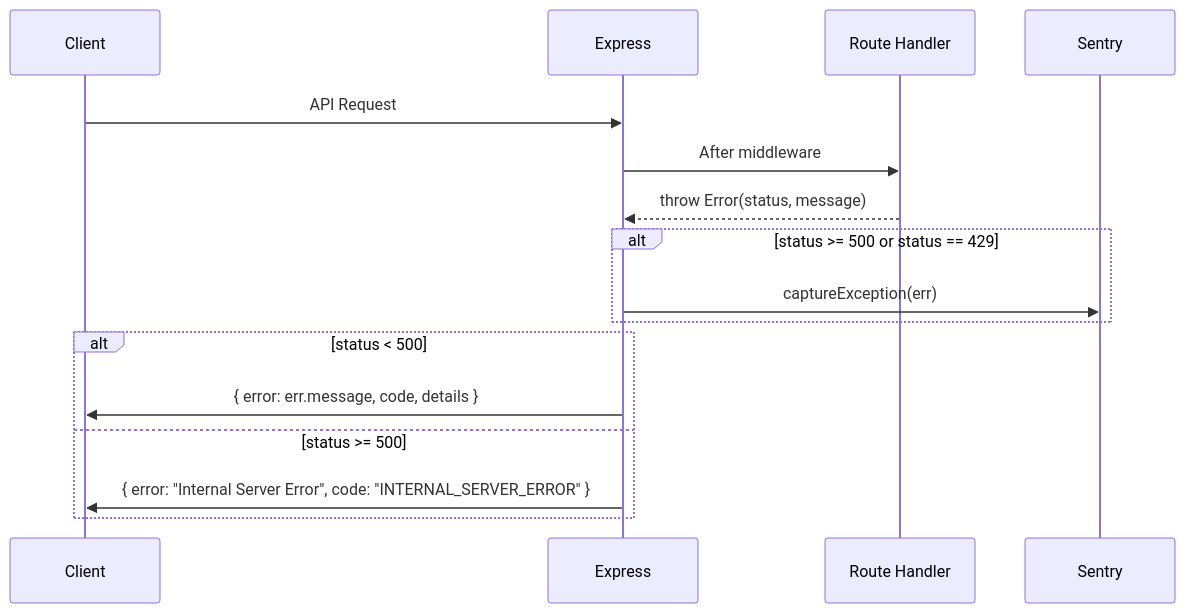
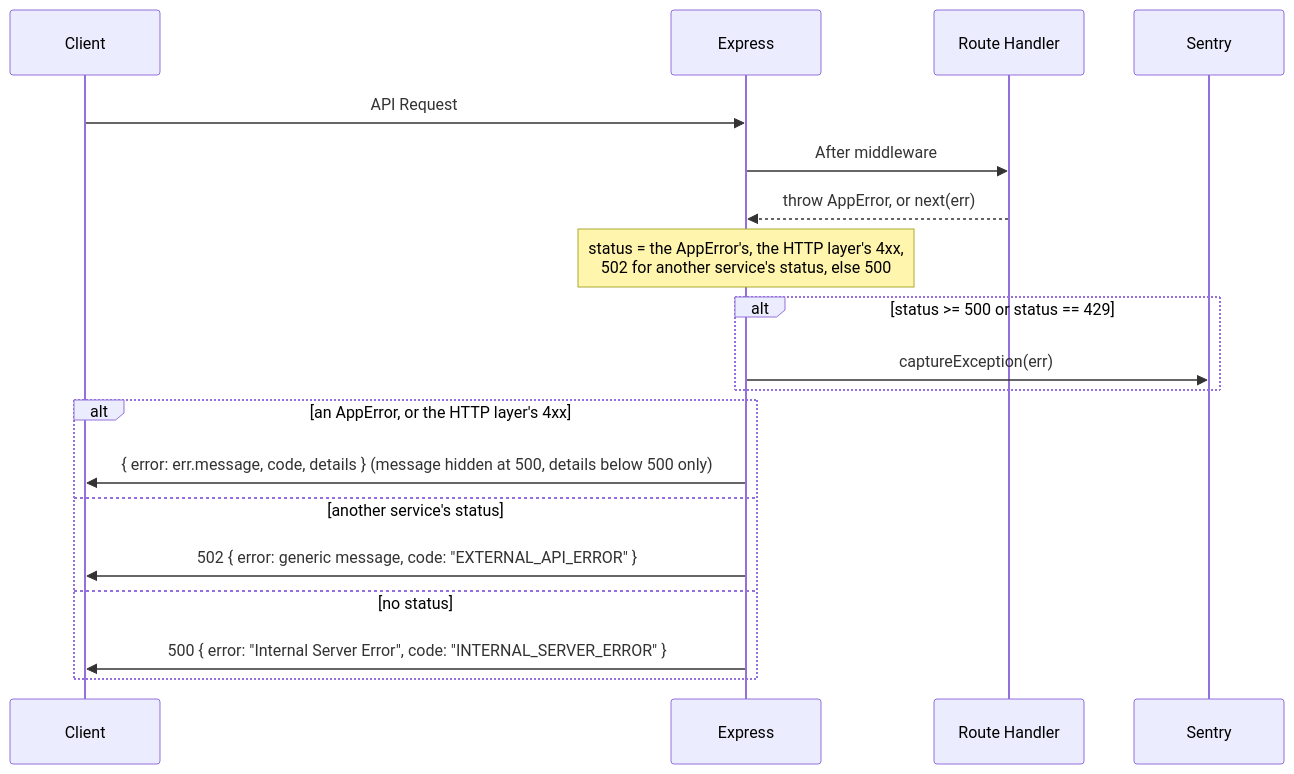
The diagram in docs/server.md (daler91/Hyrox-Companion), drawn with Mermaid before and after one commit. The commit also changed other lines of this file and 14 other files, not shown here.

````diff
--- a/docs/server.md
+++ b/docs/server.md
@@ -256,19 +259,22 @@
 ```mermaid
 sequenceDiagram
     participant Client
     participant Express
     participant Handler as Route Handler
     participant Sentry
     
     Client->>Express: API Request
     Express->>Handler: After middleware
-    Handler-->>Express: throw Error(status, message)
+    Handler-->>Express: throw AppError, or next(err)
+    Note over Express: status = the AppError's, the HTTP layer's 4xx,<br/>502 for another service's status, else 500
     alt status >= 500 or status == 429
         Express->>Sentry: captureException(err)
     end
-    alt status < 500
-        Express->>Client: { error: err.message, code, details }
-    else status >= 500
-        Express->>Client: { error: "Internal Server Error", code: "INTERNAL_SERVER_ERROR" }
+    alt an AppError, or the HTTP layer's 4xx
+        Express->>Client: { error: err.message, code, details } (message hidden at 500, details below 500 only)
+    else another service's status
+        Express->>Client: 502 { error: generic message, code: "EXTERNAL_API_ERROR" }
+    else no status
+        Express->>Client: 500 { error: "Internal Server Error", code: "INTERNAL_SERVER_ERROR" }
     end
 ```
````
